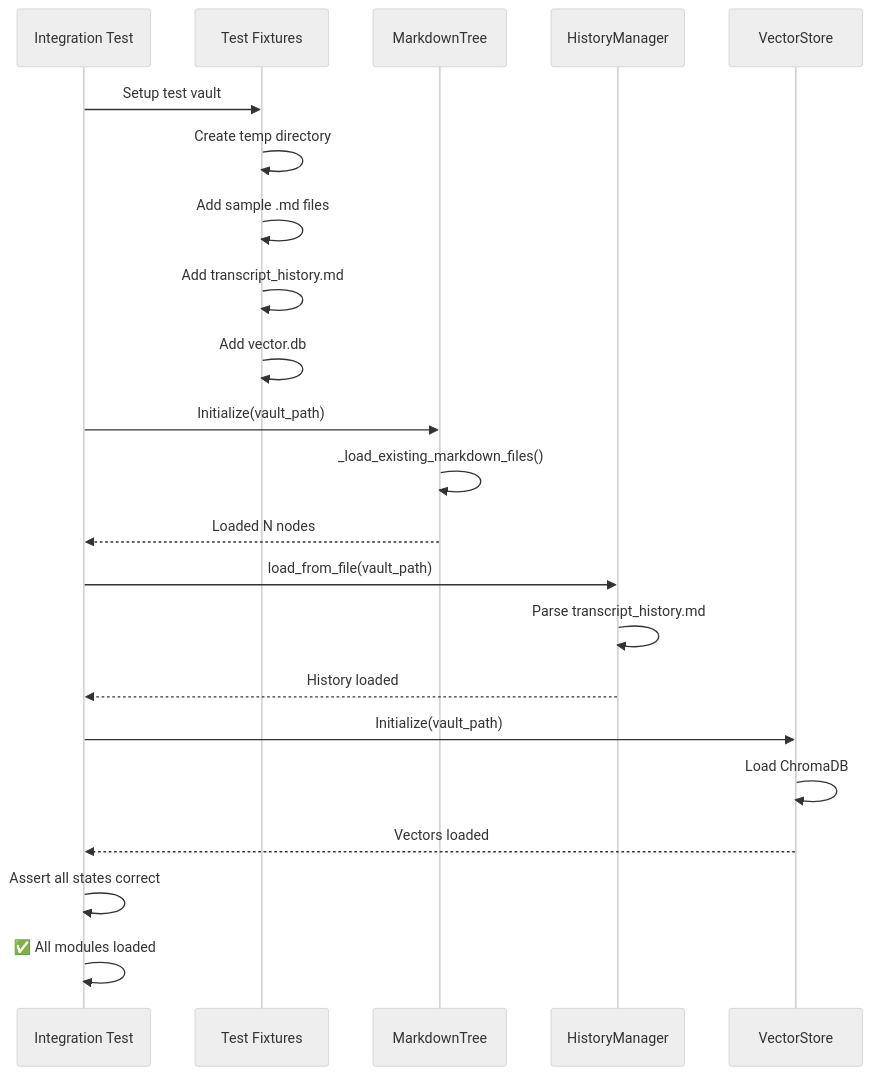
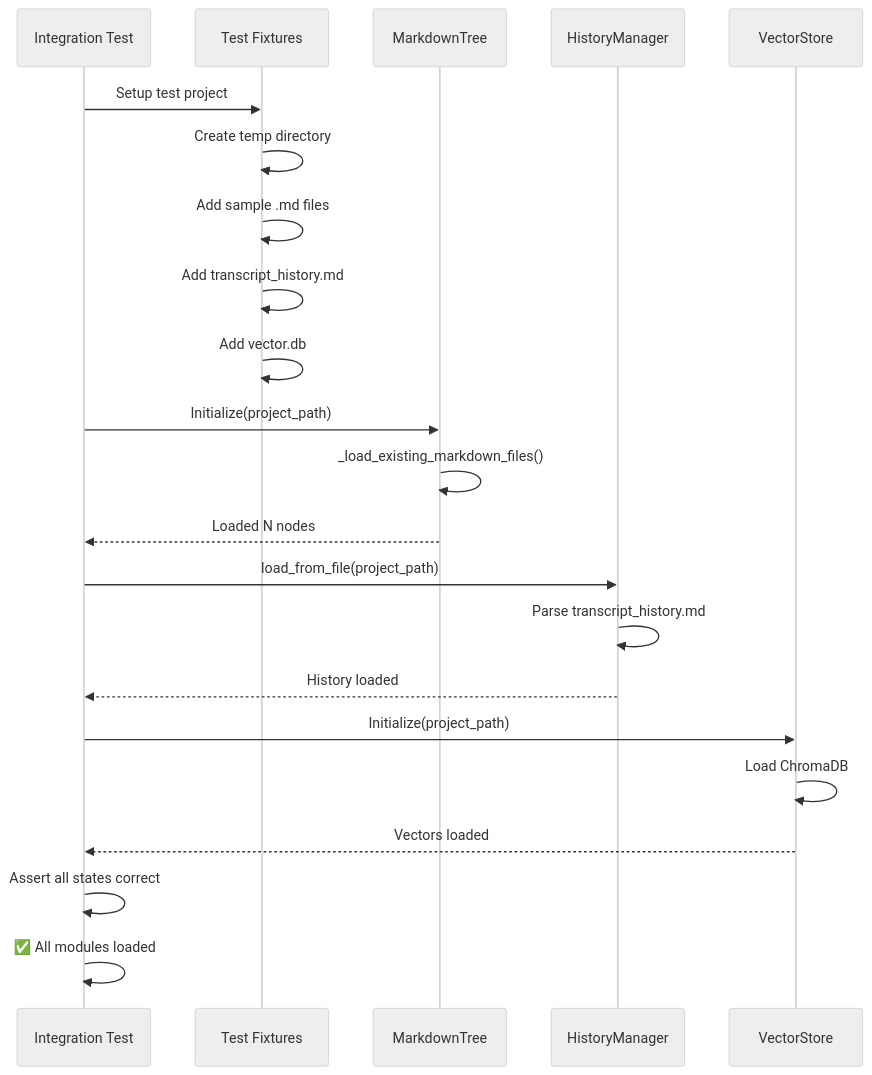
The diagram in backend/tests/fixtures/real_example_folder/integration-testing/34_1_Bob_Integration_Test_Implementation_for_Module_Loading.md (voicetreelab/voicetree), drawn with Mermaid (neutral theme) before and after one commit. The commit also changed other lines of this file and 1020 other files, not shown here.

First line of the commit message:
refactor(project): remove legacy path vocabulary

````diff
--- a/backend/tests/fixtures/real_example_folder/integration-testing/34_1_Bob_Integration_Test_Implementation_for_Module_Loading.md
+++ b/backend/tests/fixtures/real_example_folder/integration-testing/34_1_Bob_Integration_Test_Implementation_for_Module_Loading.md
@@ -20,29 +20,29 @@
 ```mermaid
 sequenceDiagram
     participant Test as Integration Test
     participant TF as Test Fixtures
     participant MT as MarkdownTree
     participant HM as HistoryManager
     participant VS as VectorStore
     
-    Test->>TF: Setup test vault
+    Test->>TF: Setup test project
     TF->>TF: Create temp directory
     TF->>TF: Add sample .md files
     TF->>TF: Add transcript_history.md
     TF->>TF: Add vector.db
     
-    Test->>MT: Initialize(vault_path)
+    Test->>MT: Initialize(project_path)
     MT->>MT: _load_existing_markdown_files()
     MT-->>Test: Loaded N nodes
     
-    Test->>HM: load_from_file(vault_path)
+    Test->>HM: load_from_file(project_path)
     HM->>HM: Parse transcript_history.md
     HM-->>Test: History loaded
     
-    Test->>VS: Initialize(vault_path)
+    Test->>VS: Initialize(project_path)
     VS->>VS: Load ChromaDB
     VS-->>Test: Vectors loaded
     
     Test->>Test: Assert all states correct
     Test->>Test: ✅ All modules loaded
 ```
````
